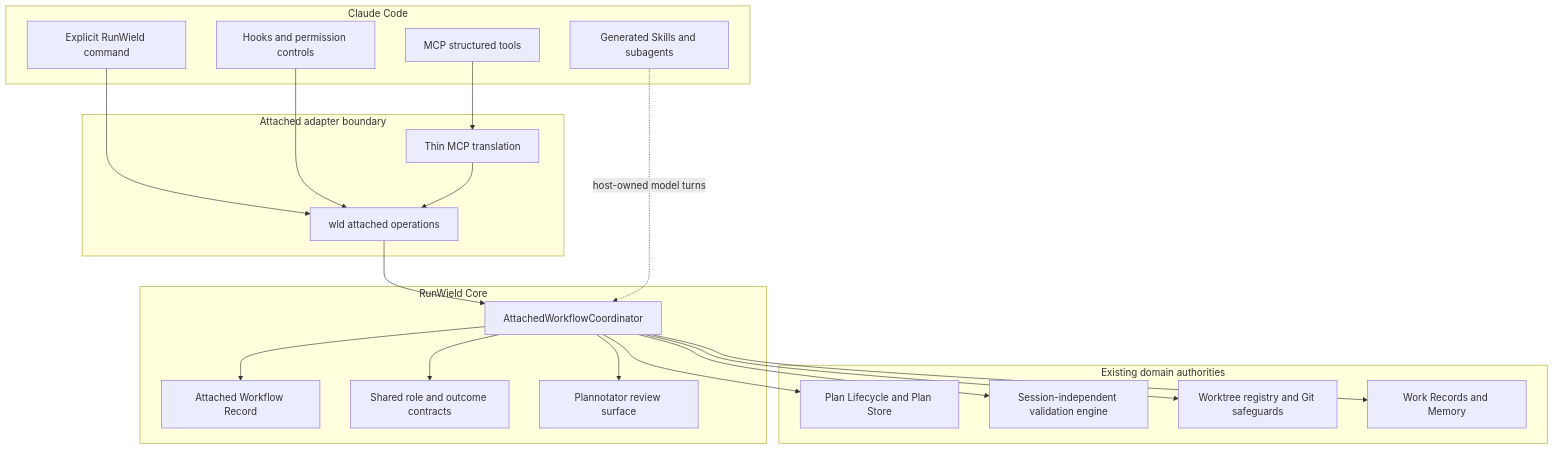
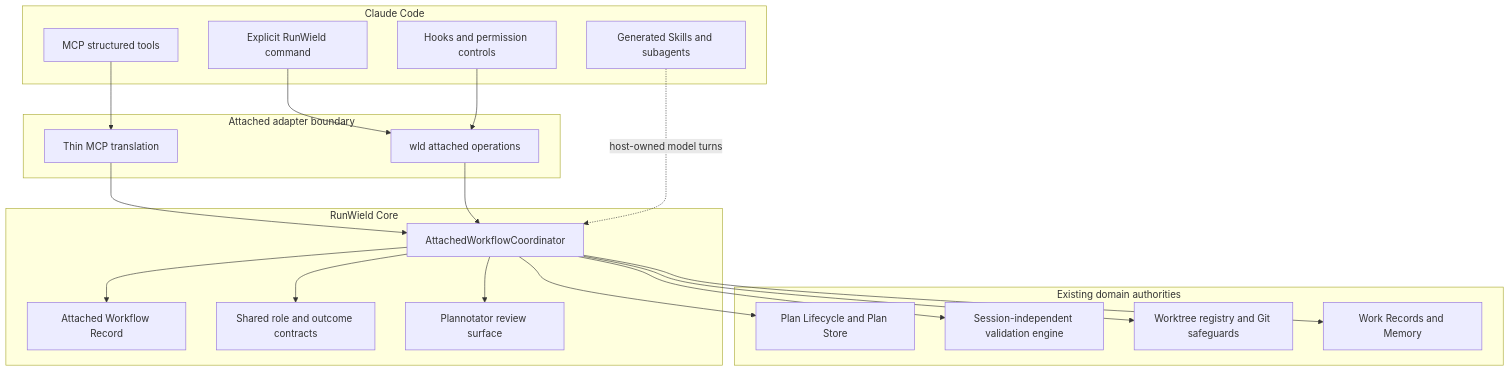
Before and after one commit to gandazgul/runwield: the first of 3 diagrams in docs/plans/attached-mode-claude-feature-preview.md, drawn with Mermaid. The commit also changed other lines of this file, not shown here.

Commit message:
docs: refresh Connect Claude preview epic for current architecture

````diff
--- a/docs/plans/attached-mode-claude-feature-preview.md
+++ b/docs/plans/attached-mode-claude-feature-preview.md
@@ -69,42 +109,42 @@
 ```mermaid
 graph TD
     subgraph Claude["Claude Code"]
         Command["Explicit RunWield command"]
         Hooks["Hooks and permission controls"]
         Skills["Generated Skills and subagents"]
         Tools["MCP structured tools"]
     end
 
     subgraph Boundary["Attached adapter boundary"]
         CLI["wld attached operations"]
         MCP["Thin MCP translation"]
     end
 
     subgraph Core["RunWield Core"]
         Coordinator["AttachedWorkflowCoordinator"]
         Record["Attached Workflow Record"]
         Contracts["Shared role and outcome contracts"]
         Review["Plannotator review surface"]
     end
 
     subgraph Authorities["Existing domain authorities"]
         Lifecycle["Plan Lifecycle and Plan Store"]
         Validation["Session-independent validation engine"]
         Worktree["Worktree registry and Git safeguards"]
         Knowledge["Work Records and Memory"]
     end
 
     Command --> CLI
     Hooks --> CLI
     Tools --> MCP
-    MCP --> CLI
+    MCP --> Coordinator
     CLI --> Coordinator
     Skills -. "host-owned model turns" .-> Coordinator
     Coordinator --> Record
     Coordinator --> Contracts
     Coordinator --> Review
     Coordinator --> Lifecycle
     Coordinator --> Validation
     Coordinator --> Worktree
     Coordinator --> Knowledge
 ```
````
